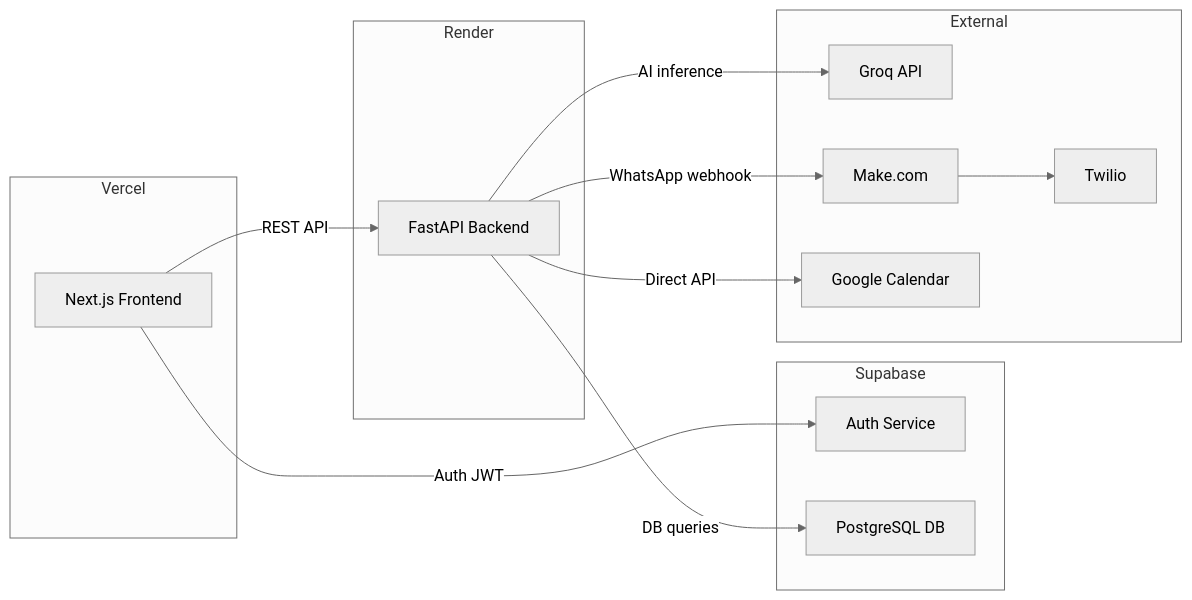
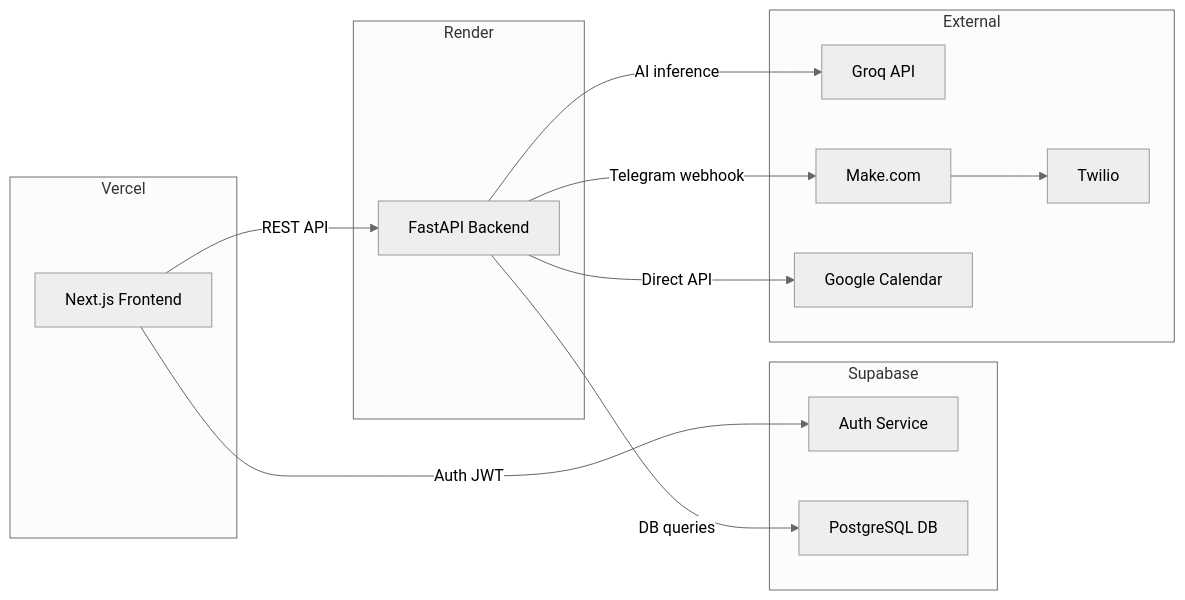
The second of 9 diagrams in docs/ARCHITECTURE.md (AdharshJolly/Academix), drawn with Mermaid (neutral theme) before and after one commit. The commit also changed other lines of this file and 9 other files, not shown here.

First line of the commit message:
Refactor CampusFlow to replace WhatsApp with Telegram for reminders and notifications

````diff
--- a/docs/ARCHITECTURE.md
+++ b/docs/ARCHITECTURE.md
@@ -57,30 +57,30 @@
 ```mermaid
 graph LR
     subgraph Vercel
         FE["Next.js Frontend"]
     end
 
     subgraph Render
         BE["FastAPI Backend"]
     end
 
     subgraph Supabase
         AUTH["Auth Service"]
         PG["PostgreSQL DB"]
     end
 
     subgraph External
         GROQ["Groq API"]
         MAKE["Make.com"]
         TWILIO["Twilio"]
         GCAL["Google Calendar"]
     end
 
     FE -- "REST API" --> BE
     FE -- "Auth JWT" --> AUTH
     BE -- "DB queries" --> PG
     BE -- "AI inference" --> GROQ
     BE -- "Direct API" --> GCAL
-    BE -- "WhatsApp webhook" --> MAKE
+    BE -- "Telegram webhook" --> MAKE
     MAKE --> TWILIO
 ```
````
